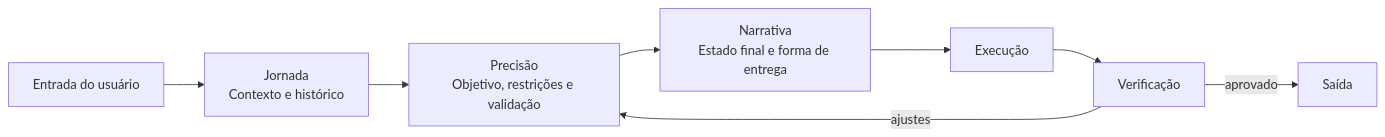
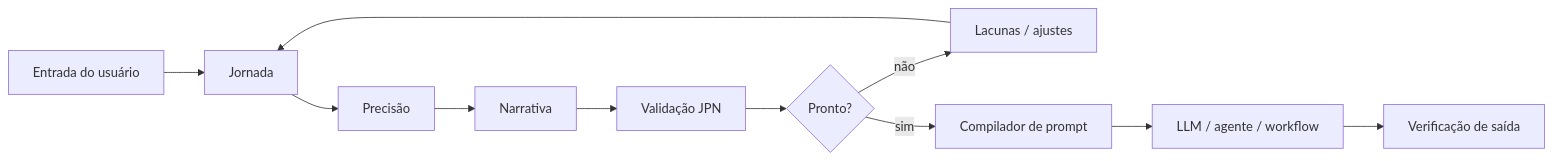
The first of 2 diagrams in README.md (tiagolif/JPN-Framework), drawn with Mermaid before and after one commit. The commit also changed other lines of this file, not shown here.

Commit message:
docs: present JPN v0.3 as executable framework

````diff
--- a/README.md
+++ b/README.md
@@ -23,10 +28,13 @@
 ```mermaid
 flowchart LR
-    A[Entrada do usuário] --> J[Jornada\nContexto e histórico]
-    J --> P[Precisão\nObjetivo, restrições e validação]
-    P --> N[Narrativa\nEstado final e forma de entrega]
-    N --> E[Execução]
-    E --> V[Verificação]
-    V -->|aprovado| O[Saída]
-    V -->|ajustes| P
+    U[Entrada do usuário] --> J[Jornada]
+    J --> P[Precisão]
+    P --> N[Narrativa]
+    N --> V[Validação JPN]
+    V --> R{Pronto?}
+    R -->|não| G[Lacunas / ajustes]
+    G --> J
+    R -->|sim| C[Compilador de prompt]
+    C --> A[LLM / agente / workflow]
+    A --> Q[Verificação de saída]
 ```
````
